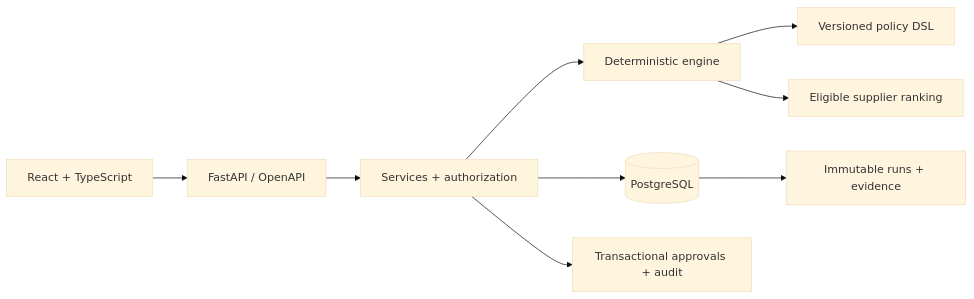
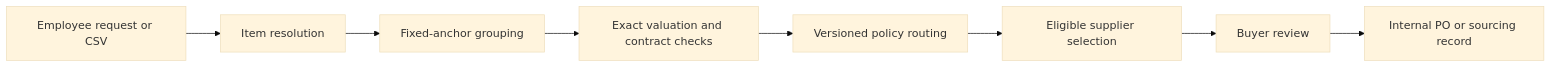
One commit to Sohamgaonkhadkar/cantill-procurement-ai changed the diagram in README.md. Above: the diagram before and after it, drawn with Mermaid (base theme). The commit also changed other lines of this file and 14 other files, not shown here.

````diff
--- a/README.md
+++ b/README.md
@@ -95,11 +31,10 @@
 ```mermaid
 flowchart LR
-    UI[React + TypeScript] --> API[FastAPI / OpenAPI]
-    API --> Service[Services + authorization]
-    Service --> Engine[Deterministic engine]
-    Engine --> Rules[Versioned policy DSL]
-    Engine --> Suppliers[Eligible supplier ranking]
-    Service --> DB[(PostgreSQL)]
-    DB --> Evidence[Immutable runs + evidence]
-    Service --> Actions[Transactional approvals + audit]
+    Request[Employee request or CSV] --> Match[Item resolution]
+    Match --> Group[Fixed-anchor grouping]
+    Group --> Value[Exact valuation and contract checks]
+    Value --> Policy[Versioned policy routing]
+    Policy --> Supplier[Eligible supplier selection]
+    Supplier --> Review[Buyer review]
+    Review --> Commit[Internal PO or sourcing record]
 ```
````
